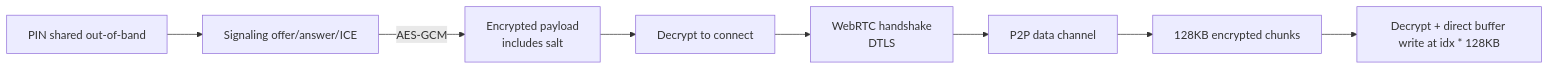
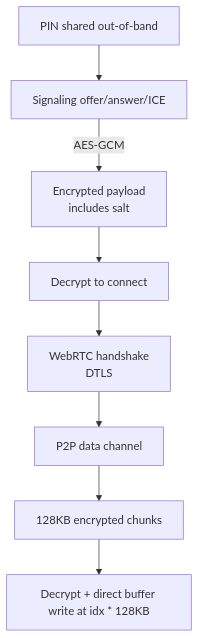
One commit to andrewtheguy/secure-send-web changed the fifth of 5 diagrams in docs/ARCHITECTURE.md. Above: the diagram before and after it, drawn with Mermaid.

````diff
--- a/docs/ARCHITECTURE.md
+++ b/docs/ARCHITECTURE.md
@@ -404,10 +404,10 @@
 ```mermaid
-flowchart LR
+flowchart TD
     PIN[PIN shared out-of-band] --> Signaling[Signaling offer/answer/ICE]
     Signaling -->|AES-GCM| EncryptedPayload[Encrypted payload<br/>includes salt]
     EncryptedPayload --> Decrypt[Decrypt to connect]
     Decrypt --> DTLS[WebRTC handshake<br/>DTLS]
     DTLS --> Channel[P2P data channel]
     Channel --> Chunks[128KB encrypted chunks]
     Chunks --> Write[Decrypt + direct buffer write at idx * 128KB]
 ```
````
